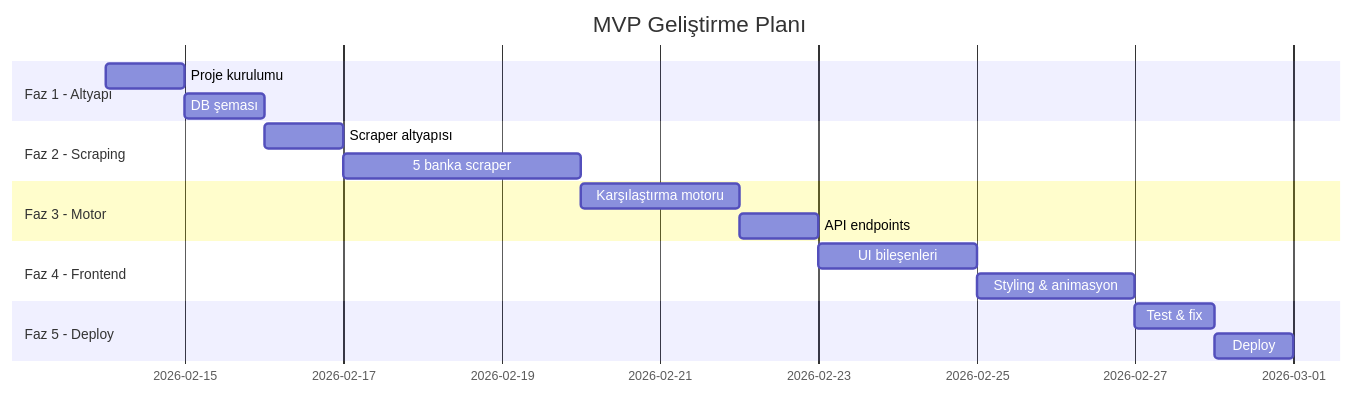
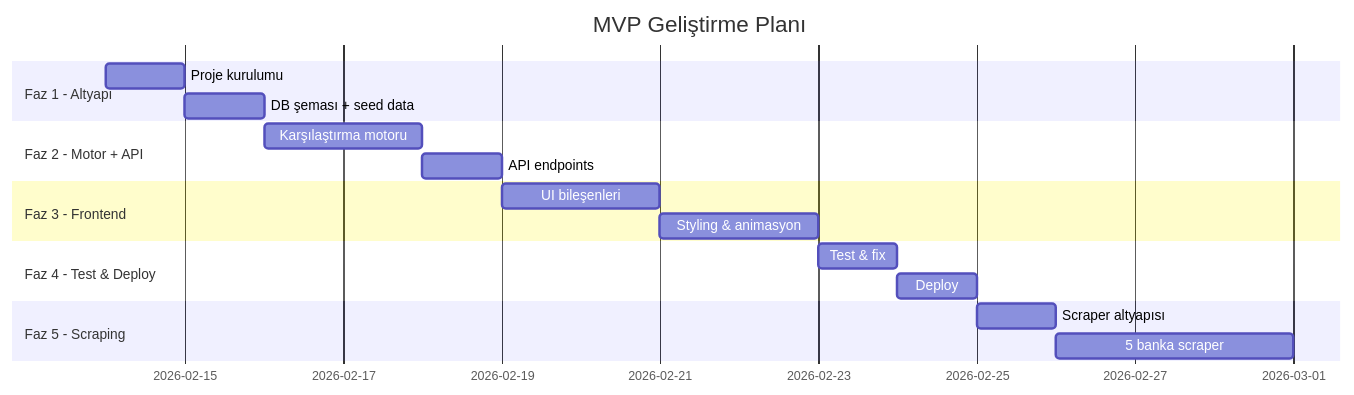
Before and after one commit to bsariaslan/berk-1: the fifth of 5 diagrams in implementation_plan.md, drawn with Mermaid. The commit also changed other lines of this file and 37 other files, not shown here.

````diff
--- a/implementation_plan.md
+++ b/implementation_plan.md
@@ -319,25 +348,25 @@
 ```mermaid
 gantt
     title MVP Geliştirme Planı
     dateFormat  YYYY-MM-DD
-    
+
     section Faz 1 - Altyapı
     Proje kurulumu        :f1a, 2026-02-14, 1d
-    DB şeması             :f1b, after f1a, 1d
-    
-    section Faz 2 - Scraping
-    Scraper altyapısı     :f2a, after f1b, 1d
-    5 banka scraper       :f2b, after f2a, 3d
-    
-    section Faz 3 - Motor
-    Karşılaştırma motoru  :f3a, after f2b, 2d
-    API endpoints         :f3b, after f3a, 1d
-    
-    section Faz 4 - Frontend
-    UI bileşenleri        :f4a, after f3b, 2d
-    Styling & animasyon   :f4b, after f4a, 2d
-    
-    section Faz 5 - Deploy
-    Test & fix            :f5a, after f4b, 1d
-    Deploy                :f5b, after f5a, 1d
+    DB şeması + seed data :f1b, after f1a, 1d
+
+    section Faz 2 - Motor + API
+    Karşılaştırma motoru  :f2a, after f1b, 2d
+    API endpoints         :f2b, after f2a, 1d
+
+    section Faz 3 - Frontend
+    UI bileşenleri        :f3a, after f2b, 2d
+    Styling & animasyon   :f3b, after f3a, 2d
+
+    section Faz 4 - Test & Deploy
+    Test & fix            :f4a, after f3b, 1d
+    Deploy                :f4b, after f4a, 1d
+
+    section Faz 5 - Scraping
+    Scraper altyapısı     :f5a, after f4b, 1d
+    5 banka scraper       :f5b, after f5a, 3d
 ```
````
